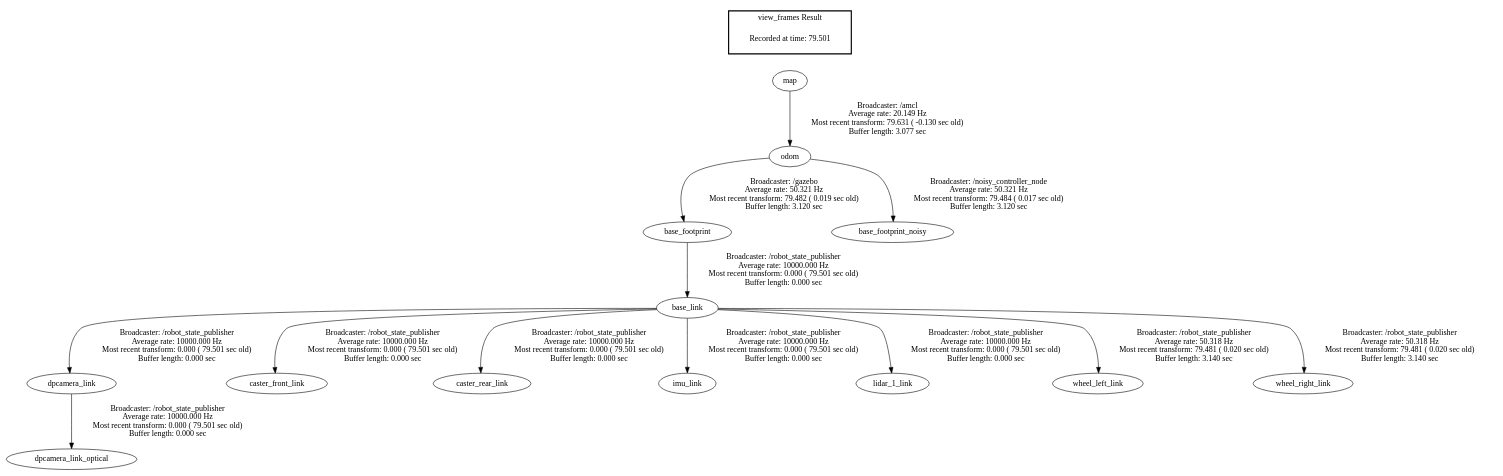
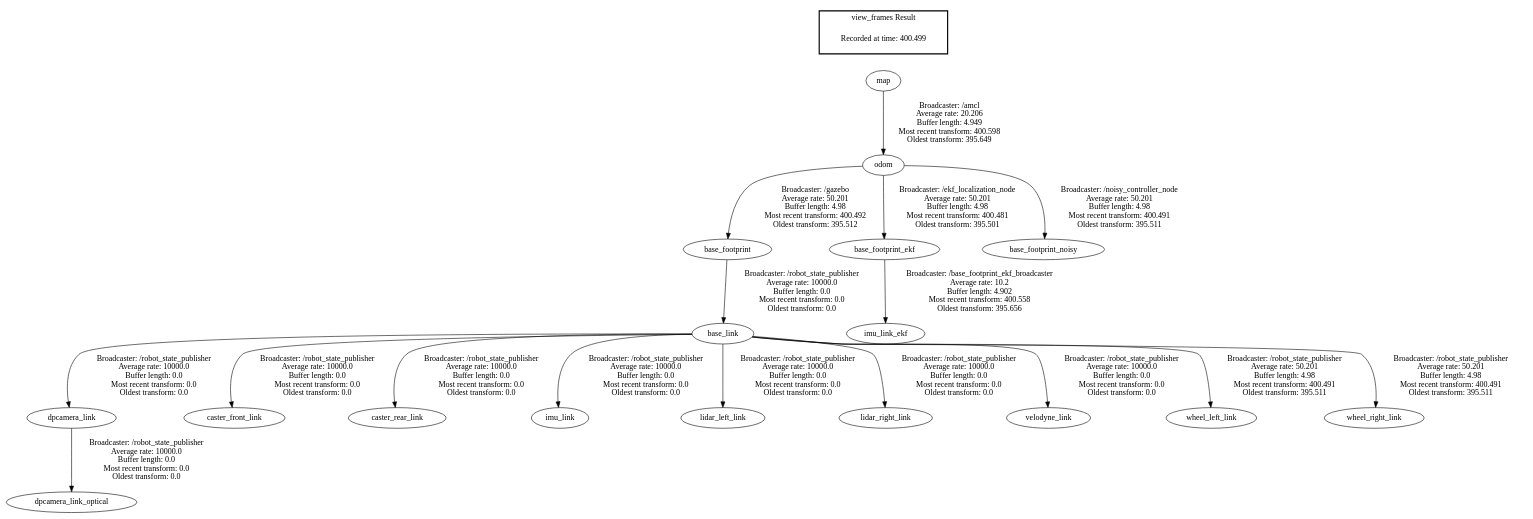
One commit to kwokkeith/Kepstone_Experimental_Robot changed the diagram in frames.gv. Above: the diagram before and after it, drawn with Graphviz. The commit also changed 3 other files, not shown here.

```diff
--- a/frames.gv
+++ b/frames.gv
@@ -1,18 +1,22 @@
 digraph G {
-"base_footprint" -> "base_link"[label="Broadcaster: /robot_state_publisher\nAverage rate: 10000.000 Hz\nMost recent transform: 0.000 ( 79.501 sec old)\nBuffer length: 0.000 sec\n"];
-"odom" -> "base_footprint"[label="Broadcaster: /gazebo\nAverage rate: 50.321 Hz\nMost recent transform: 79.482 ( 0.019 sec old)\nBuffer length: 3.120 sec\n"];
-"base_link" -> "dpcamera_link"[label="Broadcaster: /robot_state_publisher\nAverage rate: 10000.000 Hz\nMost recent transform: 0.000 ( 79.501 sec old)\nBuffer length: 0.000 sec\n"];
-"dpcamera_link" -> "dpcamera_link_optical"[label="Broadcaster: /robot_state_publisher\nAverage rate: 10000.000 Hz\nMost recent transform: 0.000 ( 79.501 sec old)\nBuffer length: 0.000 sec\n"];
-"base_link" -> "caster_front_link"[label="Broadcaster: /robot_state_publisher\nAverage rate: 10000.000 Hz\nMost recent transform: 0.000 ( 79.501 sec old)\nBuffer length: 0.000 sec\n"];
-"base_link" -> "caster_rear_link"[label="Broadcaster: /robot_state_publisher\nAverage rate: 10000.000 Hz\nMost recent transform: 0.000 ( 79.501 sec old)\nBuffer length: 0.000 sec\n"];
-"base_link" -> "imu_link"[label="Broadcaster: /robot_state_publisher\nAverage rate: 10000.000 Hz\nMost recent transform: 0.000 ( 79.501 sec old)\nBuffer length: 0.000 sec\n"];
-"base_link" -> "lidar_1_link"[label="Broadcaster: /robot_state_publisher\nAverage rate: 10000.000 Hz\nMost recent transform: 0.000 ( 79.501 sec old)\nBuffer length: 0.000 sec\n"];
-"base_link" -> "wheel_left_link"[label="Broadcaster: /robot_state_publisher\nAverage rate: 50.318 Hz\nMost recent transform: 79.481 ( 0.020 sec old)\nBuffer length: 3.140 sec\n"];
-"base_link" -> "wheel_right_link"[label="Broadcaster: /robot_state_publisher\nAverage rate: 50.318 Hz\nMost recent transform: 79.481 ( 0.020 sec old)\nBuffer length: 3.140 sec\n"];
-"map" -> "odom"[label="Broadcaster: /amcl\nAverage rate: 20.149 Hz\nMost recent transform: 79.631 ( -0.130 sec old)\nBuffer length: 3.077 sec\n"];
-"odom" -> "base_footprint_noisy"[label="Broadcaster: /noisy_controller_node\nAverage rate: 50.321 Hz\nMost recent transform: 79.484 ( 0.017 sec old)\nBuffer length: 3.120 sec\n"];
+"base_footprint" -> "base_link"[label=" Broadcaster: /robot_state_publisher\nAverage rate: 10000.0\nBuffer length: 0.0\nMost recent transform: 0.0\nOldest transform: 0.0\n"];
+"odom" -> "base_footprint"[label=" Broadcaster: /gazebo\nAverage rate: 50.201\nBuffer length: 4.98\nMost recent transform: 400.492\nOldest transform: 395.512\n"];
+"base_link" -> "dpcamera_link"[label=" Broadcaster: /robot_state_publisher\nAverage rate: 10000.0\nBuffer length: 0.0\nMost recent transform: 0.0\nOldest transform: 0.0\n"];
+"dpcamera_link" -> "dpcamera_link_optical"[label=" Broadcaster: /robot_state_publisher\nAverage rate: 10000.0\nBuffer length: 0.0\nMost recent transform: 0.0\nOldest transform: 0.0\n"];
+"base_link" -> "caster_front_link"[label=" Broadcaster: /robot_state_publisher\nAverage rate: 10000.0\nBuffer length: 0.0\nMost recent transform: 0.0\nOldest transform: 0.0\n"];
+"base_link" -> "caster_rear_link"[label=" Broadcaster: /robot_state_publisher\nAverage rate: 10000.0\nBuffer length: 0.0\nMost recent transform: 0.0\nOldest transform: 0.0\n"];
+"base_link" -> "imu_link"[label=" Broadcaster: /robot_state_publisher\nAverage rate: 10000.0\nBuffer length: 0.0\nMost recent transform: 0.0\nOldest transform: 0.0\n"];
+"base_link" -> "lidar_left_link"[label=" Broadcaster: /robot_state_publisher\nAverage rate: 10000.0\nBuffer length: 0.0\nMost recent transform: 0.0\nOldest transform: 0.0\n"];
+"base_link" -> "lidar_right_link"[label=" Broadcaster: /robot_state_publisher\nAverage rate: 10000.0\nBuffer length: 0.0\nMost recent transform: 0.0\nOldest transform: 0.0\n"];
+"base_link" -> "velodyne_link"[label=" Broadcaster: /robot_state_publisher\nAverage rate: 10000.0\nBuffer length: 0.0\nMost recent transform: 0.0\nOldest transform: 0.0\n"];
+"odom" -> "base_footprint_ekf"[label=" Broadcaster: /ekf_localization_node\nAverage rate: 50.201\nBuffer length: 4.98\nMost recent transform: 400.481\nOldest transform: 395.501\n"];
+"map" -> "odom"[label=" Broadcaster: /amcl\nAverage rate: 20.206\nBuffer length: 4.949\nMost recent transform: 400.598\nOldest transform: 395.649\n"];
+"odom" -> "base_footprint_noisy"[label=" Broadcaster: /noisy_controller_node\nAverage rate: 50.201\nBuffer length: 4.98\nMost recent transform: 400.491\nOldest transform: 395.511\n"];
+"base_link" -> "wheel_left_link"[label=" Broadcaster: /robot_state_publisher\nAverage rate: 50.201\nBuffer length: 4.98\nMost recent transform: 400.491\nOldest transform: 395.511\n"];
+"base_link" -> "wheel_right_link"[label=" Broadcaster: /robot_state_publisher\nAverage rate: 50.201\nBuffer length: 4.98\nMost recent transform: 400.491\nOldest transform: 395.511\n"];
+"base_footprint_ekf" -> "imu_link_ekf"[label=" Broadcaster: /base_footprint_ekf_broadcaster\nAverage rate: 10.2\nBuffer length: 4.902\nMost recent transform: 400.558\nOldest transform: 395.656\n"];
 edge [style=invis];
  subgraph cluster_legend { style=bold; color=black; label ="view_frames Result";
-"Recorded at time: 79.501"[ shape=plaintext ] ;
- }->"map";
+"Recorded at time: 400.499"[ shape=plaintext ] ;
+}->"map";
 }
```
